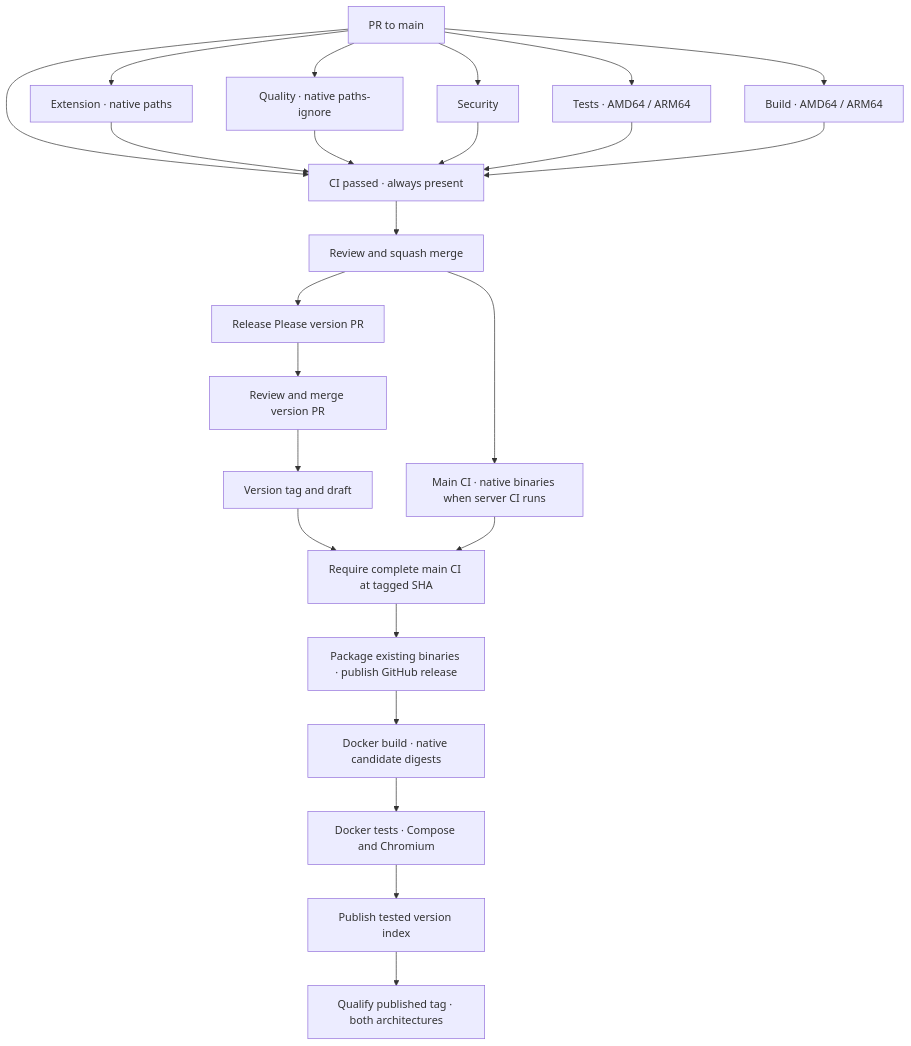
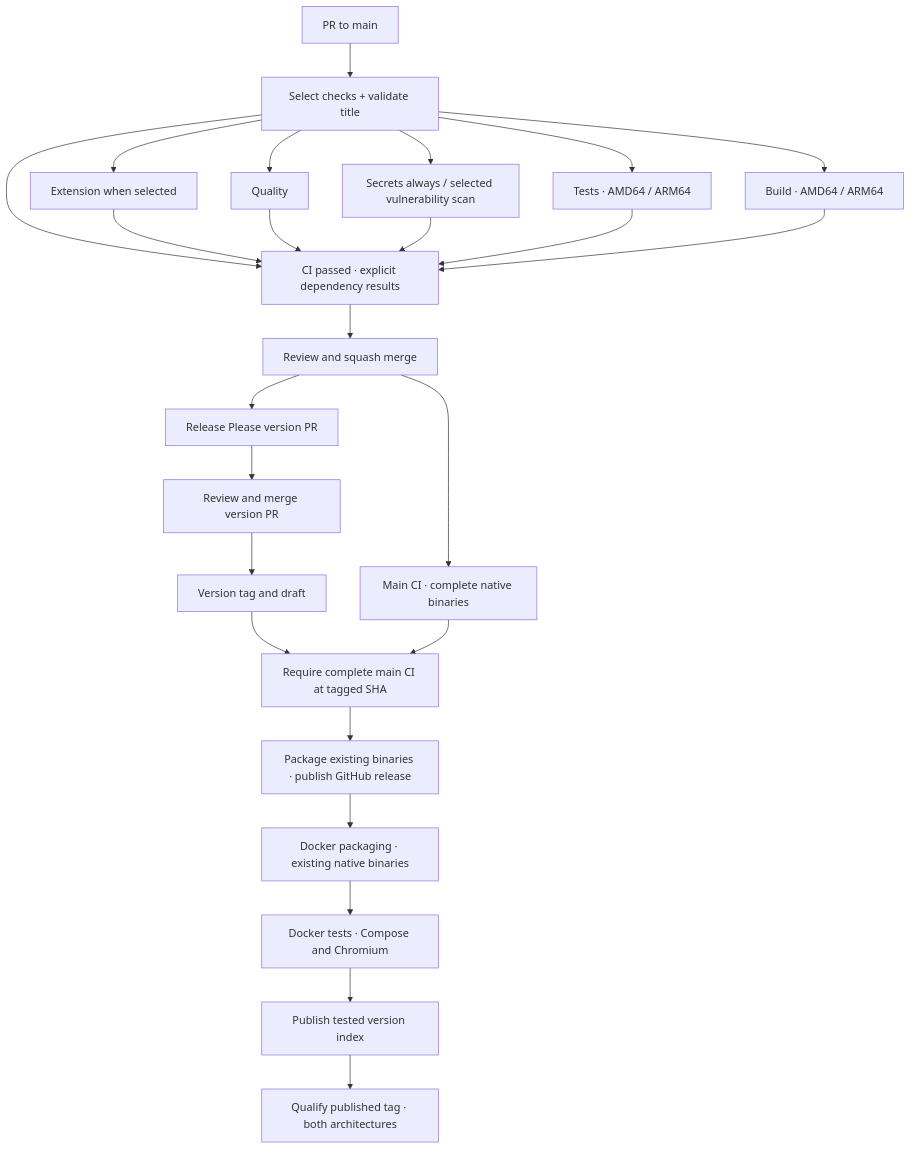
One commit to theopoc/pocketmark changed the diagram in docs/CI.md. Above: the diagram before and after it, drawn with Mermaid. The commit also changed other lines of this file and 19 other files, not shown here.

````diff
--- a/docs/CI.md
+++ b/docs/CI.md
@@ -166,26 +215,27 @@
 ```mermaid
 flowchart TD
-    PR["PR to main"] --> Q["Quality · native paths-ignore"]
-    PR --> EXT["Extension · native paths"]
-    PR --> G["CI passed · always present"]
+    PR["PR to main"] --> PLAN["Select checks + validate title"]
+    PLAN --> Q["Quality"]
+    PLAN --> EXT["Extension when selected"]
+    PLAN --> G["CI passed · explicit dependency results"]
     EXT --> G
-    PR --> S["Security"]
-    PR --> T["Tests · AMD64 / ARM64"]
-    PR --> B["Build · AMD64 / ARM64"]
+    PLAN --> S["Secrets always / selected vulnerability scan"]
+    PLAN --> T["Tests · AMD64 / ARM64"]
+    PLAN --> B["Build · AMD64 / ARM64"]
     Q --> G
     S --> G
     T --> G
     B --> G
     G --> M["Review and squash merge"]
-    M --> CI["Main CI · native binaries when server CI runs"]
+    M --> CI["Main CI · complete native binaries"]
     M --> RP["Release Please version PR"]
     RP --> R["Review and merge version PR"]
     R --> TAG["Version tag and draft"]
     TAG --> WAIT["Require complete main CI at tagged SHA"]
     CI --> WAIT
     WAIT --> PUB["Package existing binaries · publish GitHub release"]
-    PUB --> DB["Docker build · native candidate digests"]
+    PUB --> DB["Docker packaging · existing native binaries"]
     DB --> DT["Docker tests · Compose and Chromium"]
     DT --> DP["Publish tested version index"]
     DP --> V["Qualify published tag · both architectures"]
 ```
````
